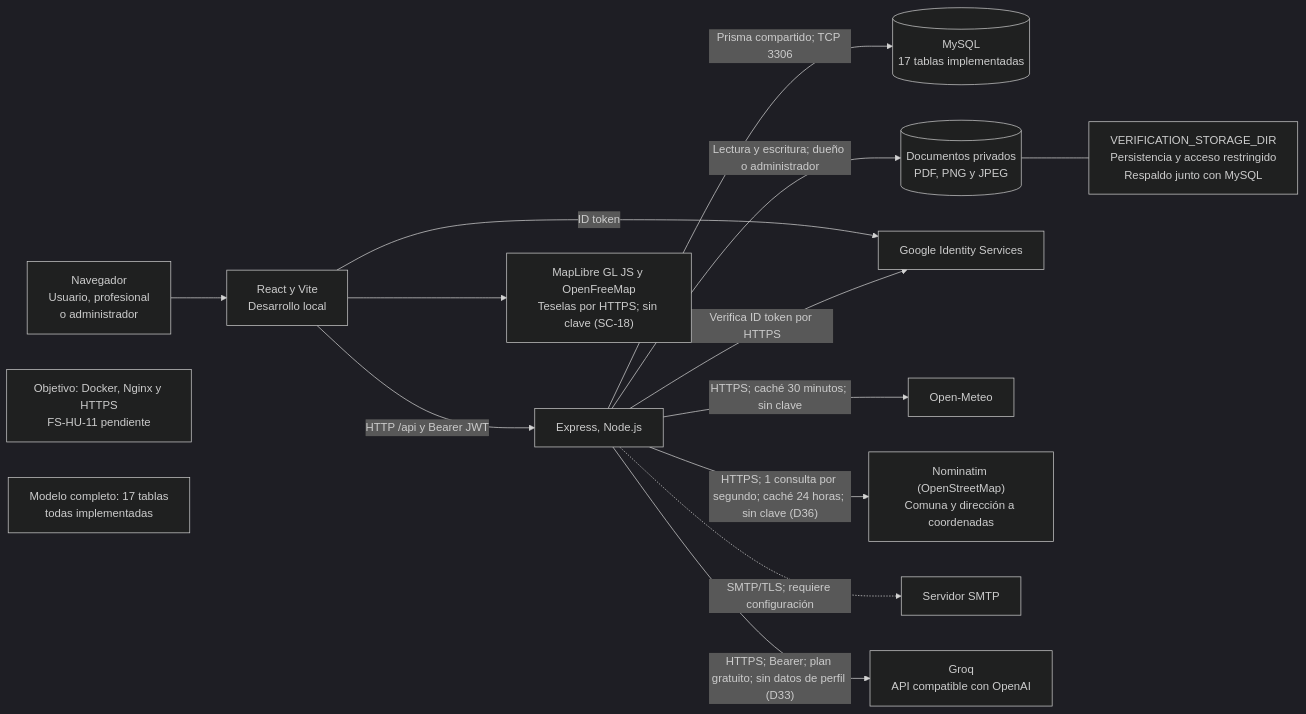
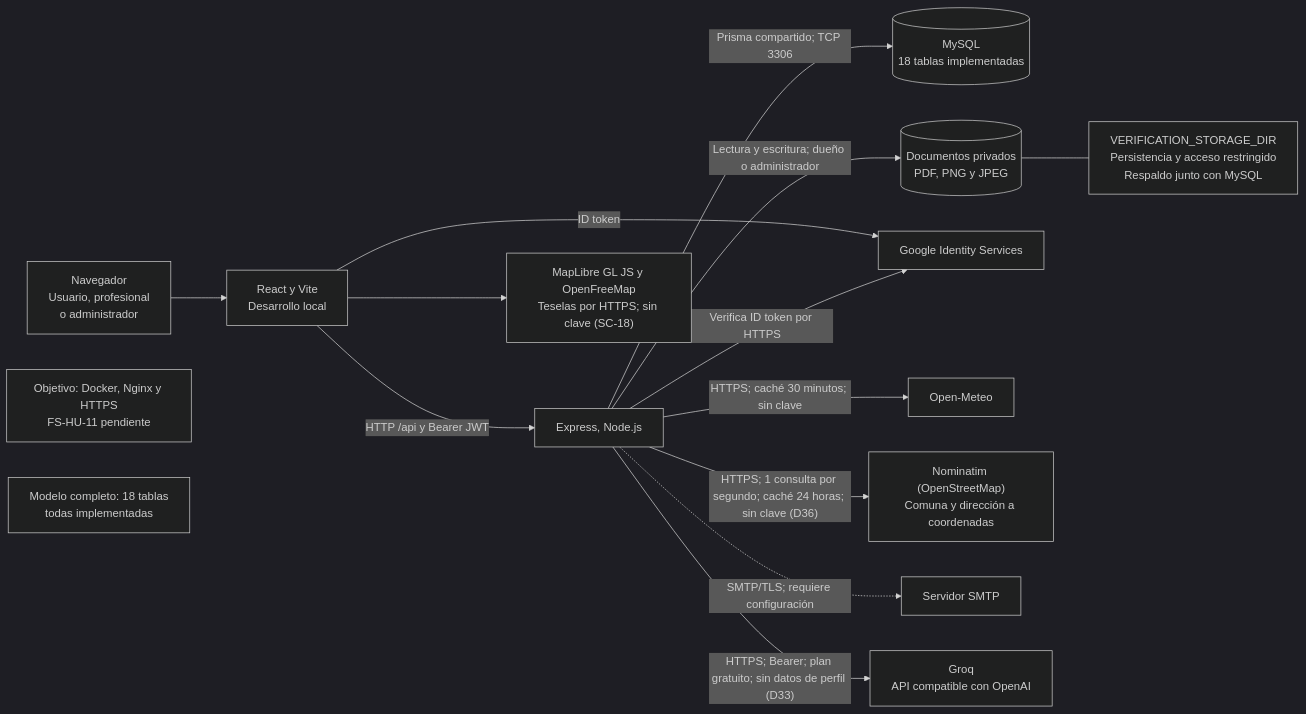
One commit to rodriacr/FitSearch changed the diagram in FASE 2/Evidencias Proyecto/Evidencias de documentación/Diagramas (Miro)/Actualización Sprint 3/08_Vista_Fisica.mmd. Above: the diagram before and after it, drawn with Mermaid (dark theme). The commit also changed 16 other files, not shown here.

```diff
--- a/FASE 2/Evidencias Proyecto/Evidencias de documentación/Diagramas (Miro)/Actualización Sprint 3/08_Vista_Fisica.mmd
+++ b/FASE 2/Evidencias Proyecto/Evidencias de documentación/Diagramas (Miro)/Actualización Sprint 3/08_Vista_Fisica.mmd
@@ -1,15 +1,15 @@
 flowchart LR
   U["Navegador<br/>Usuario, profesional<br/>o administrador"] --> F["React y Vite<br/>Desarrollo local"]
   F -->|"HTTP /api y Bearer JWT"| B["Express, Node.js"]
-  B -->|"Prisma compartido; TCP 3306"| D[("MySQL<br/>17 tablas implementadas")]
+  B -->|"Prisma compartido; TCP 3306"| D[("MySQL<br/>18 tablas implementadas")]
   B -->|"Lectura y escritura; dueño o administrador"| A[("Documentos privados<br/>PDF, PNG y JPEG")]
   A --- P["VERIFICATION_STORAGE_DIR<br/>Persistencia y acceso restringido<br/>Respaldo junto con MySQL"]
   F -->|"ID token"| I["Google Identity Services"]
   B -->|"Verifica ID token por HTTPS"| I
   B -->|"HTTPS; caché 30 minutos; sin clave"| O["Open-Meteo"]
   B -->|"HTTPS; 1 consulta por segundo; caché 24 horas; sin clave (D36)"| NM["Nominatim (OpenStreetMap)<br/>Comuna y dirección a coordenadas"]
   B -.->|"SMTP/TLS; requiere configuración"| S["Servidor SMTP"]
   F --> G["MapLibre GL JS y OpenFreeMap<br/>Teselas por HTTPS; sin clave (SC-18)"]
   B -->|"HTTPS; Bearer; plan gratuito; sin datos de perfil (D33)"| C["Groq<br/>API compatible con OpenAI"]
   N["Objetivo: Docker, Nginx y HTTPS<br/>FS-HU-11 pendiente"]
-  M["Modelo completo: 17 tablas<br/>todas implementadas"]
+  M["Modelo completo: 18 tablas<br/>todas implementadas"]
```
